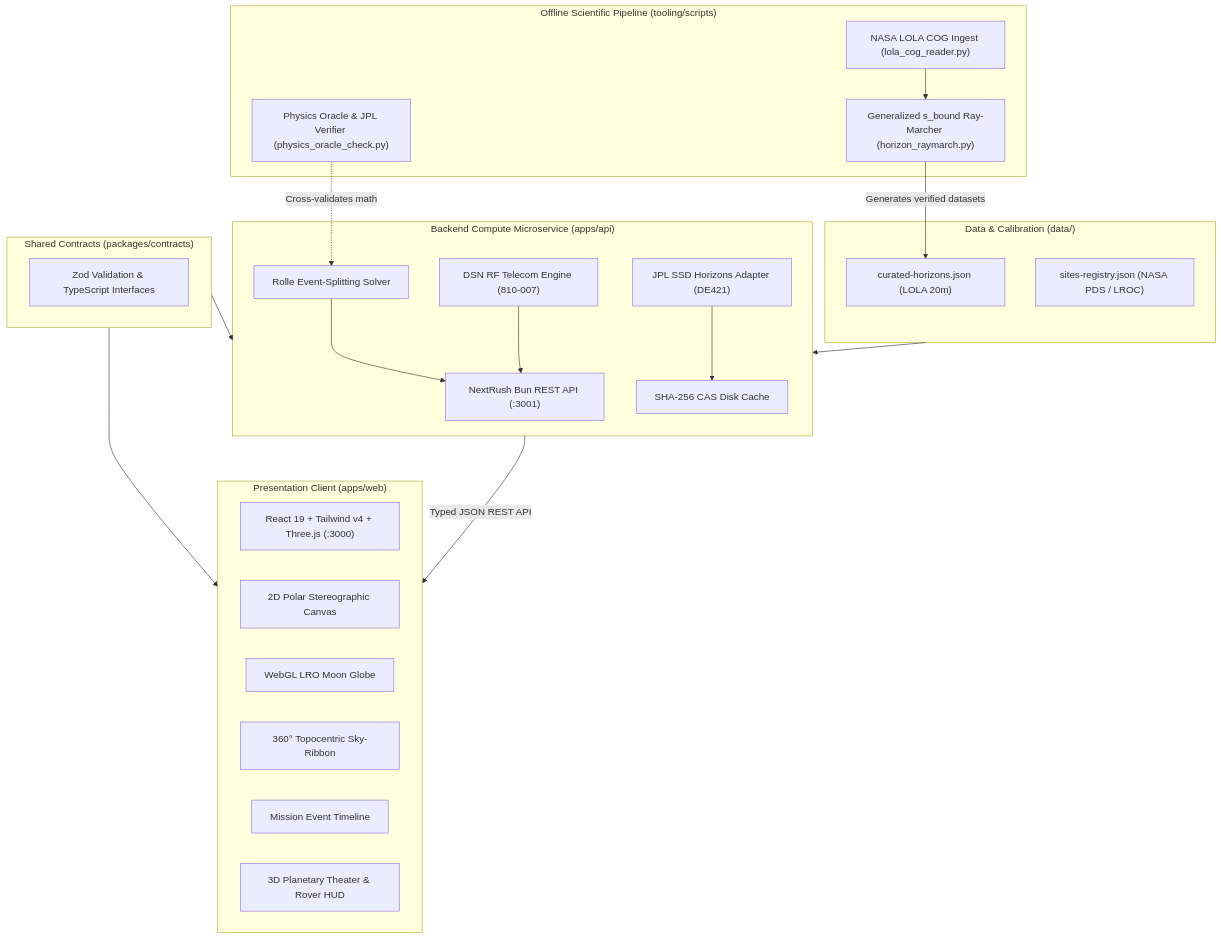
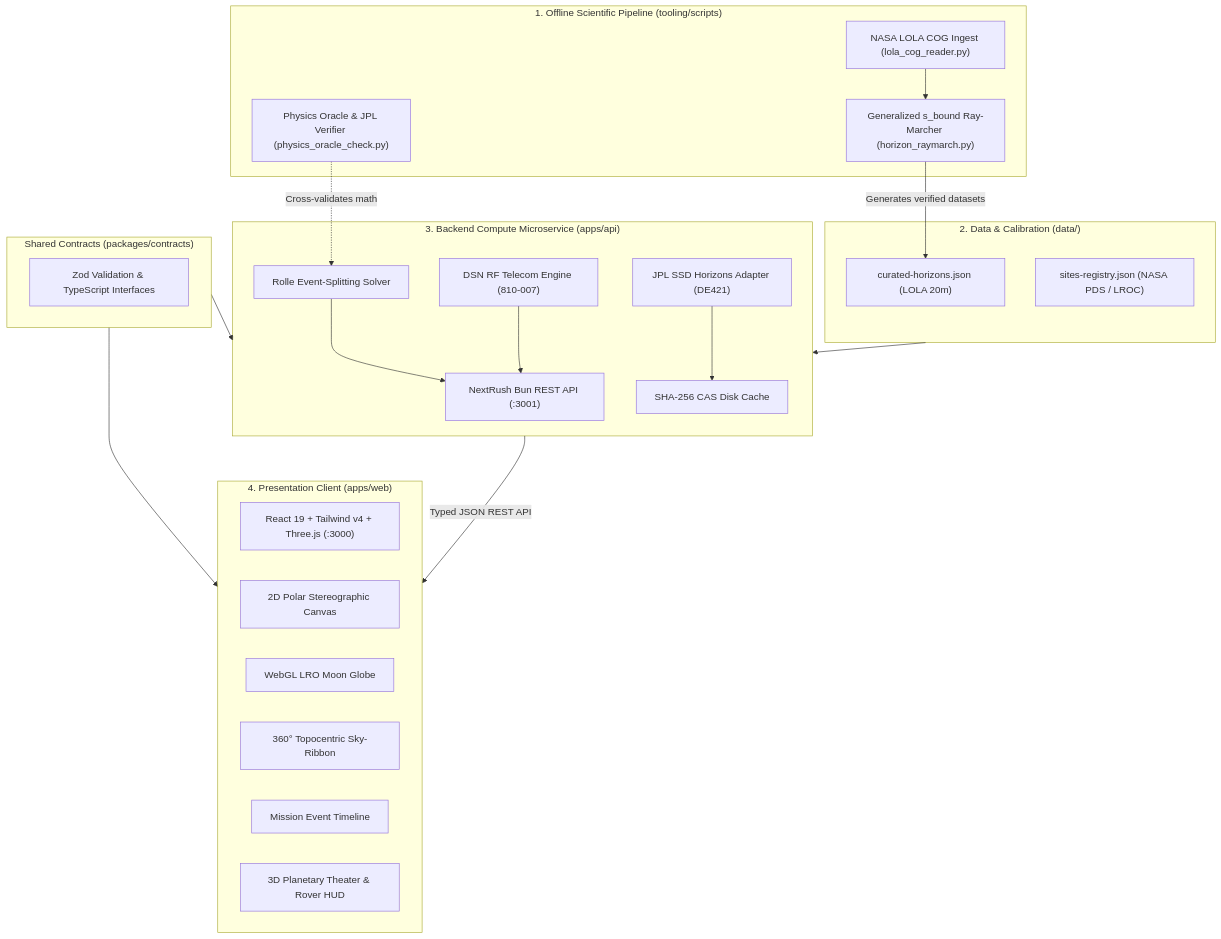
The diagram in README.md (0xTanzim/LunaMission), drawn with Mermaid before and after one commit. The commit also changed other lines of this file and 24 other files, not shown here.

````diff
--- a/README.md
+++ b/README.md
@@ -38,45 +108,45 @@
 ```mermaid
 flowchart TD
-    subgraph Pipeline ["Offline Scientific Pipeline (tooling/scripts)"]
+    subgraph Pipeline ["1. Offline Scientific Pipeline (tooling/scripts)"]
         DEMIngest["NASA LOLA COG Ingest (lola_cog_reader.py)"]
         Raymarch["Generalized s_bound Ray-Marcher (horizon_raymarch.py)"]
         Oracle["Physics Oracle & JPL Verifier (physics_oracle_check.py)"]
     end
 
-    subgraph Data ["Data & Calibration (data/)"]
+    subgraph Data ["2. Data & Calibration (data/)"]
         Horizons["curated-horizons.json (LOLA 20m)"]
         Registry["sites-registry.json (NASA PDS / LROC)"]
     end
 
-    subgraph Backend ["Backend Compute Microservice (apps/api)"]
+    subgraph Backend ["3. Backend Compute Microservice (apps/api)"]
         ApiApp["NextRush Bun REST API (:3001)"]
         JPLAdapter["JPL SSD Horizons Adapter (DE421)"]
         EventSplitter["Rolle Event-Splitting Solver"]
         LinkBudget["DSN RF Telecom Engine (810-007)"]
         CacheCAS["SHA-256 CAS Disk Cache"]
     end
 
     subgraph Contracts ["Shared Contracts (packages/contracts)"]
         Schemas["Zod Validation & TypeScript Interfaces"]
     end
 
-    subgraph Frontend ["Presentation Client (apps/web)"]
+    subgraph Frontend ["4. Presentation Client (apps/web)"]
         ReactApp["React 19 + Tailwind v4 + Three.js (:3000)"]
         Map2D["2D Polar Stereographic Canvas"]
         Globe3D["WebGL LRO Moon Globe"]
         SkyRibbon["360° Topocentric Sky-Ribbon"]
         Gantt["Mission Event Timeline"]
         Theater3D["3D Planetary Theater & Rover HUD"]
     end
 
     DEMIngest --> Raymarch
     Raymarch -->|Generates verified datasets| Horizons
     Oracle -.->|Cross-validates math| EventSplitter
     Data --> Backend
     Contracts --> Backend
     Contracts --> Frontend
     Backend -->|Typed JSON REST API| Frontend
     JPLAdapter --> CacheCAS
     EventSplitter --> ApiApp
     LinkBudget --> ApiApp
 ```
````
